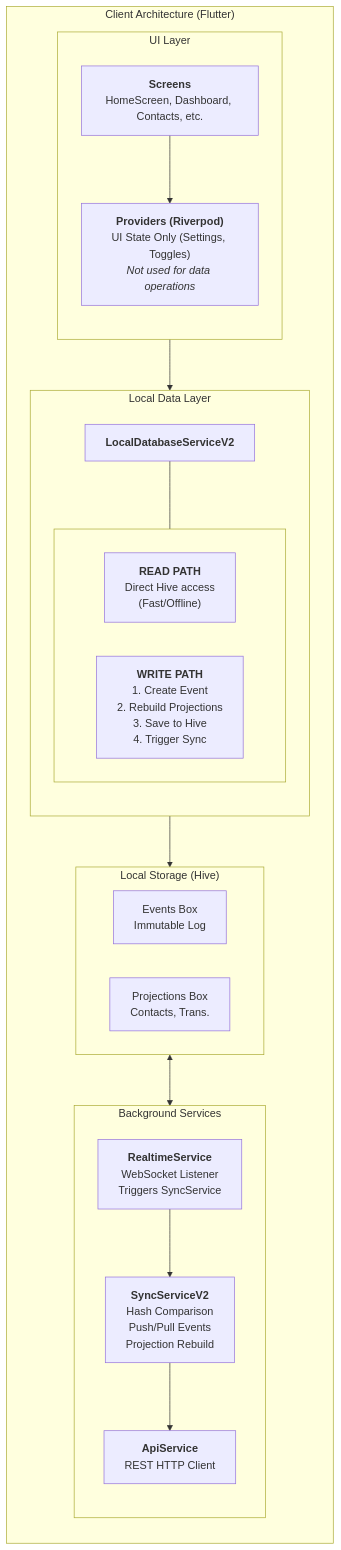
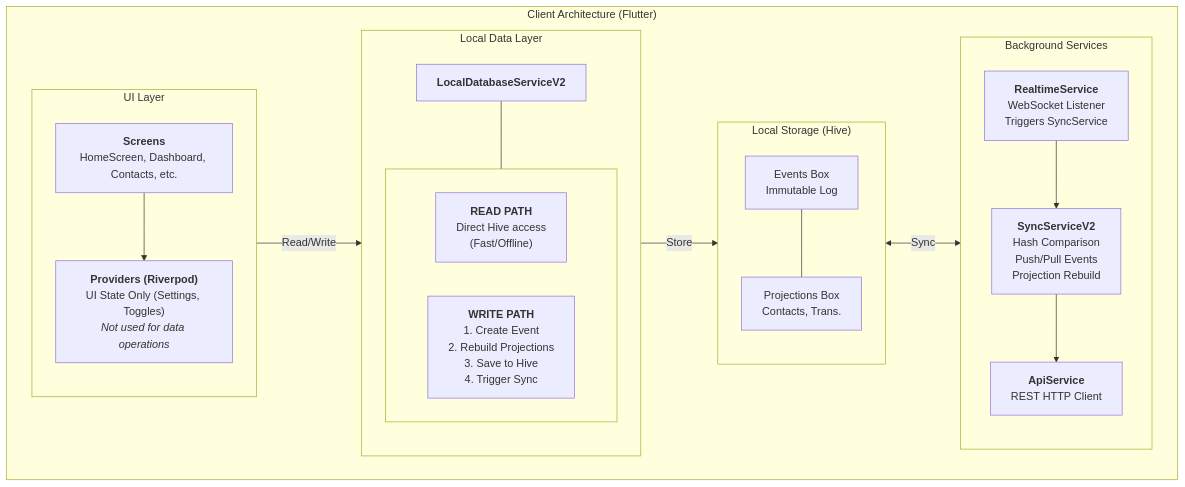
One commit to dark-cli/deptmaster changed the second of 2 diagrams in docs/ARCHITECTURE.md. Above: the diagram before and after it, drawn with Mermaid.

Commit message:
docs: make Client Architecture diagram wider with left-to-right layout

````diff
--- a/docs/ARCHITECTURE.md
+++ b/docs/ARCHITECTURE.md
@@ -170,51 +170,52 @@
 ```mermaid
-graph TD
+graph LR
     subgraph Client_Arch ["Client Architecture (Flutter)"]
-        direction TB
+        direction LR
 
         %% UI LAYER
         subgraph UI_Layer ["UI Layer"]
             direction TB
             Screens["<b>Screens</b><br/>HomeScreen, Dashboard, Contacts, etc."]
             Providers["<b>Providers (Riverpod)</b><br/>UI State Only (Settings, Toggles)<br/><i>Not used for data operations</i>"]
             Screens --> Providers
         end
 
         %% LOCAL DATA LAYER
         subgraph Local_Data ["Local Data Layer"]
             direction TB
             DB_Service["<b>LocalDatabaseServiceV2</b>"]
             
             subgraph Paths [" "]
                 direction LR
                 ReadPath["<b>READ PATH</b><br/>Direct Hive access<br/>(Fast/Offline)"]
                 WritePath["<b>WRITE PATH</b><br/>1. Create Event<br/>2. Rebuild Projections<br/>3. Save to Hive<br/>4. Trigger Sync"]
             end
             
             DB_Service --- Paths
         end
 
         %% STORAGE
         subgraph Hive_Storage ["Local Storage (Hive)"]
-            direction LR
+            direction TB
             EventsBox["Events Box<br/>Immutable Log"]
             ProjectionsBox["Projections Box<br/>Contacts, Trans."]
+            EventsBox --- ProjectionsBox
         end
 
         %% BACKGROUND SERVICES
         subgraph Background_Services ["Background Services"]
             direction TB
+            Realtime_Service["<b>RealtimeService</b><br/>WebSocket Listener<br/>Triggers SyncService"]
             Sync_Service["<b>SyncServiceV2</b><br/>Hash Comparison<br/>Push/Pull Events<br/>Projection Rebuild"]
-            Realtime_Service["<b>RealtimeService</b><br/>WebSocket Listener<br/>Triggers SyncService"]
             Api_Service["<b>ApiService</b><br/>REST HTTP Client"]
             
             Realtime_Service --> Sync_Service
             Sync_Service --> Api_Service
         end
 
         %% Flow Connections
-        UI_Layer --> Local_Data
-        Local_Data --> Hive_Storage
-        Hive_Storage <--> Background_Services
+        UI_Layer -->|Read/Write| Local_Data
+        Local_Data -->|Store| Hive_Storage
+        Hive_Storage <-->|Sync| Background_Services
     end
 ```
````
